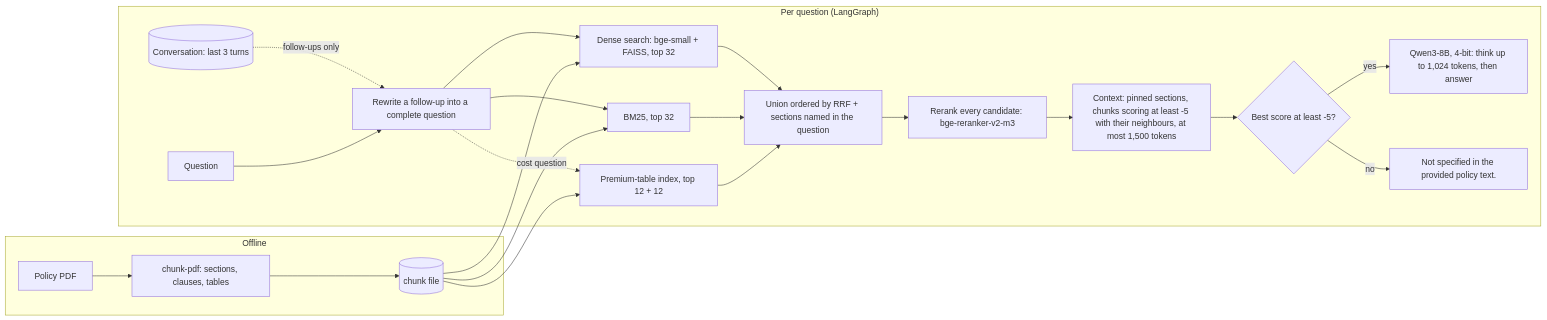
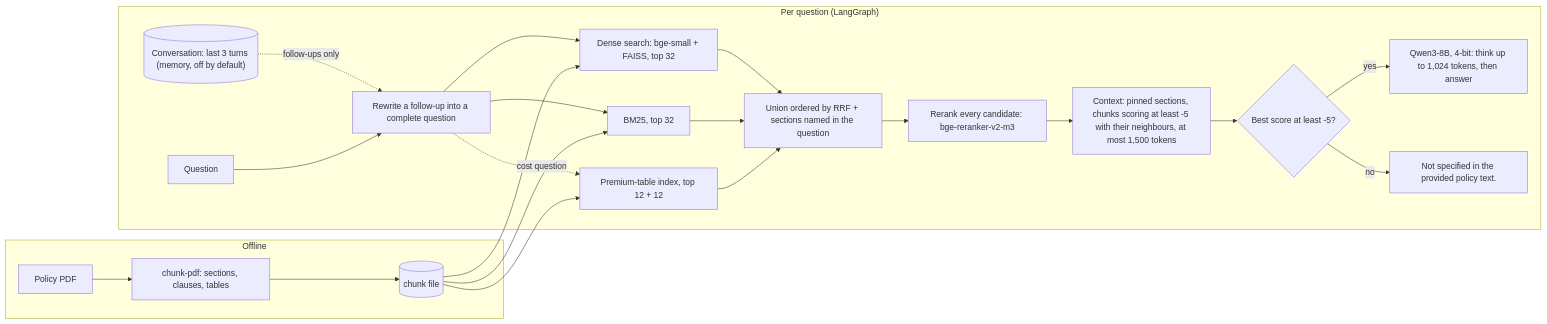
One commit to RamkrushnaSaner/insurance-policy-rag changed the diagram in README.md. Above: the diagram before and after it, drawn with Mermaid. The commit also changed other lines of this file and 14 other files, not shown here.

First line of the commit message:
Ship v3.3.0 with conversation memory switched off

````diff
--- a/README.md
+++ b/README.md
@@ -59,24 +59,24 @@
 ```mermaid
 flowchart LR
   subgraph Offline
     PDF[Policy PDF] --> CHK["chunk-pdf: sections, clauses, tables"] --> CF[(chunk file)]
   end
   subgraph "Per question (LangGraph)"
-    H[("Conversation: last 3 turns")] -. follow-ups only .-> W["Rewrite a follow-up into a complete question"]
+    H[("Conversation: last 3 turns (memory, off by default)")] -. follow-ups only .-> W["Rewrite a follow-up into a complete question"]
     Q[Question] --> W
     W --> D["Dense search: bge-small + FAISS, top 32"]
     W --> B["BM25, top 32"]
     W -. cost question .-> P["Premium-table index, top 12 + 12"]
     D --> U["Union ordered by RRF + sections named in the question"]
     B --> U
     P --> U
     U --> RR["Rerank every candidate: bge-reranker-v2-m3"]
     RR --> C["Context: pinned sections, chunks scoring at least -5 with their neighbours, at most 1,500 tokens"]
     C --> G{"Best score at least -5?"}
     G -- yes --> L["Qwen3-8B, 4-bit: think up to 1,024 tokens, then answer"]
     G -- no --> N["Not specified in the provided policy text."]
   end
   CF --> D
   CF --> B
   CF --> P
 ```
````
